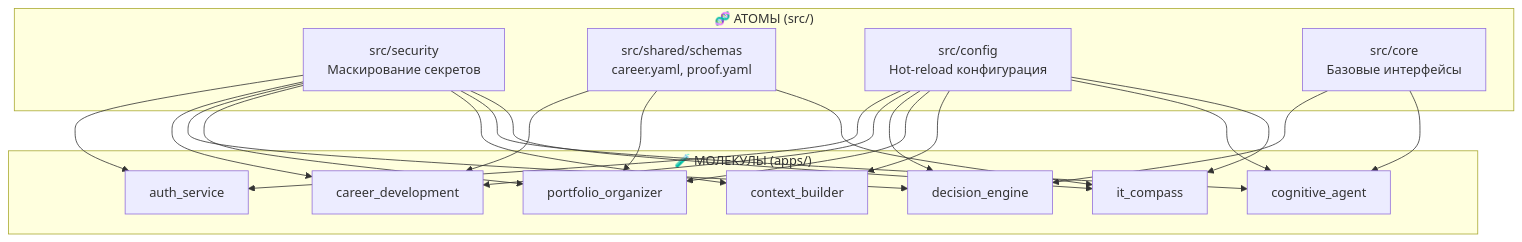
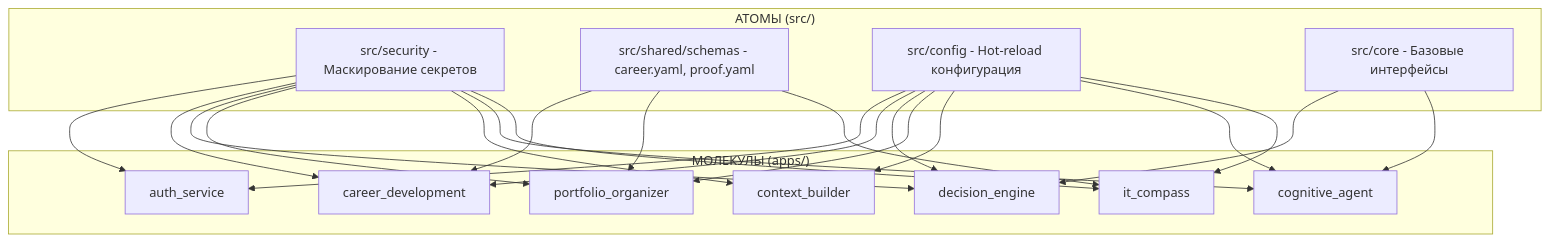
The diagram in README.md (Control39/portfolio-system-architect), drawn with Mermaid before and after one commit.

Commit message:
docs: обновлена архитектурная диаграмма в README

````diff
--- a/README.md
+++ b/README.md
@@ -36,24 +36,22 @@
 ```mermaid
 graph TB
-    subgraph "🧬 АТОМЫ (src/)"
-        A1[src/security<br/>Маскирование секретов]
-        A2[src/shared/schemas<br/>career.yaml, proof.yaml]
-        A3[src/config<br/>Hot-reload конфигурация]
-        A4[src/core<br/>Базовые интерфейсы]
-    end
-
-    subgraph "🧪 МОЛЕКУЛЫ (apps/)"
-        M1[auth_service]
-        M2[career_development]
-        M3[decision_engine]
-        M4[portfolio_organizer]
-        M5[context_builder]
-        M6[cognitive_agent]
-        M7[it_compass]
-    end
-
-    A1 --> M1 & M2 & M3 & M4 & M5 & M6 & M7
-    A2 --> M2 & M4 & M7
-    A3 --> M1 & M2 & M3 & M4 & M5 & M6 & M7
-    A4 --> M3 & M6
+subgraph "АТОМЫ (src/)"
+A1[src/security - Маскирование секретов]
+A2[src/shared/schemas - career.yaml, proof.yaml]
+A3[src/config - Hot-reload конфигурация]
+A4[src/core - Базовые интерфейсы]
+end
+subgraph "МОЛЕКУЛЫ (apps/)"
+M1[auth_service]
+M2[career_development]
+M3[decision_engine]
+M4[portfolio_organizer]
+M5[context_builder]
+M6[cognitive_agent]
+M7[it_compass]
+end
+A1 --> M1 & M2 & M3 & M4 & M5 & M6 & M7
+A2 --> M2 & M4 & M7
+A3 --> M1 & M2 & M3 & M4 & M5 & M6 & M7
+A4 --> M3 & M6
 ```
````
